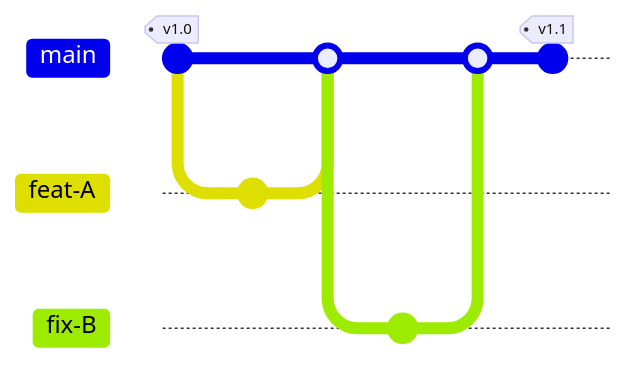
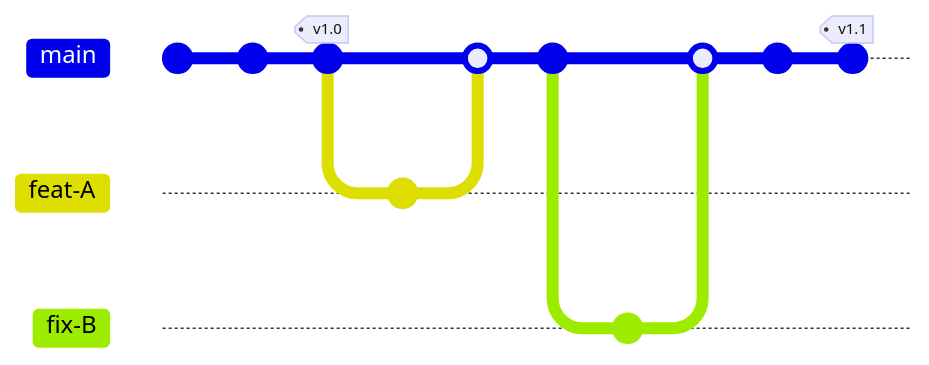
One commit to gabor-trainer/devops-engineer-gitlab-2025-oct-13 changed the first of 3 diagrams in additional-materials/Trunk-Based Development & GitLab Flow.md. Above: the diagram before and after it, drawn with Mermaid. The commit also changed other lines of this file, not shown here. Commit ids are hidden.

Commit message:
refactor(docs): update headings for consistency and clarity in Trunk-Based Development & GitLab Flow documentation

````diff
--- a/additional-materials/Trunk-Based Development & GitLab Flow.md
+++ b/additional-materials/Trunk-Based Development & GitLab Flow.md
@@ -21,13 +25,17 @@
 ```mermaid
 gitGraph
-    commit id: "v1.0" tag: "v1.0"
+    commit id: "Initial commit"
+    commit id: "v1.0"
+    commit tag: "v1.0"
     branch feat-A
-    commit
+    commit id: "Implement feature A"
     checkout main
-    merge feat-A id: "Merge feat-A (MR + CI)"
+    merge feat-A
+    commit id: "After feat-A merge"
     branch fix-B
-    commit
+    commit id: "Fix bug B"
     checkout main
-    merge fix-B id: "Merge fix-B (MR + CI)"
-    commit id: "v1.1" tag: "v1.1"
+    merge fix-B
+    commit id: "v1.1"
+    commit tag: "v1.1"
 ```
````
